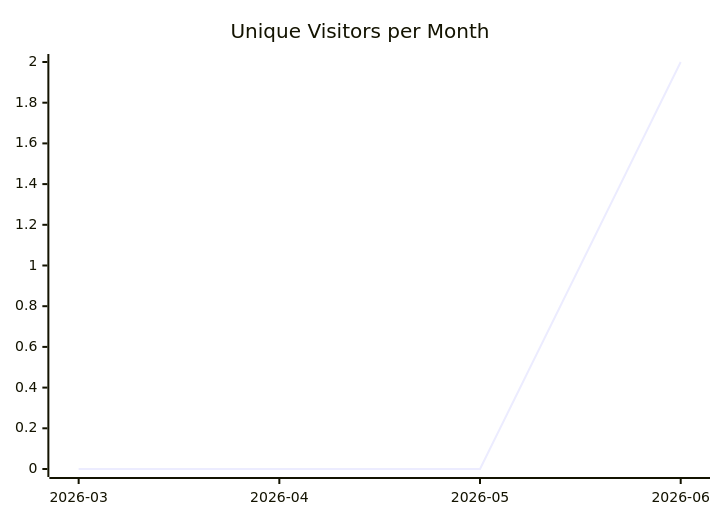
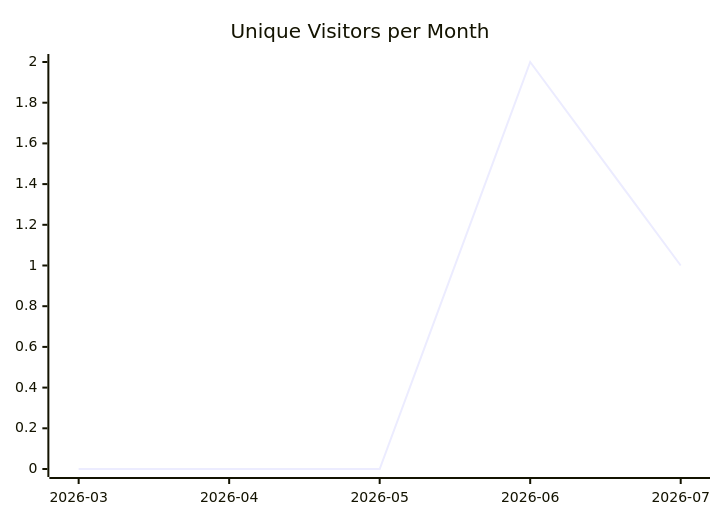
One commit to justdavis-family/github-analytics-data changed the first of 3 diagrams in karlmdavis/dotfiles/README.md. Above: the diagram before and after it, drawn with Mermaid. The commit also changed other lines of this file and 199 other files, not shown here.

````diff
--- a/karlmdavis/dotfiles/README.md
+++ b/karlmdavis/dotfiles/README.md
@@ -5,6 +5,6 @@
 ```mermaid
 xychart-beta
   title "Unique Visitors per Month"
-  x-axis ["2026-03", "2026-04", "2026-05", "2026-06"]
-  line [0, 0, 0, 2]
+  x-axis ["2026-03", "2026-04", "2026-05", "2026-06", "2026-07"]
+  line [0, 0, 0, 2, 1]
 ```
````
